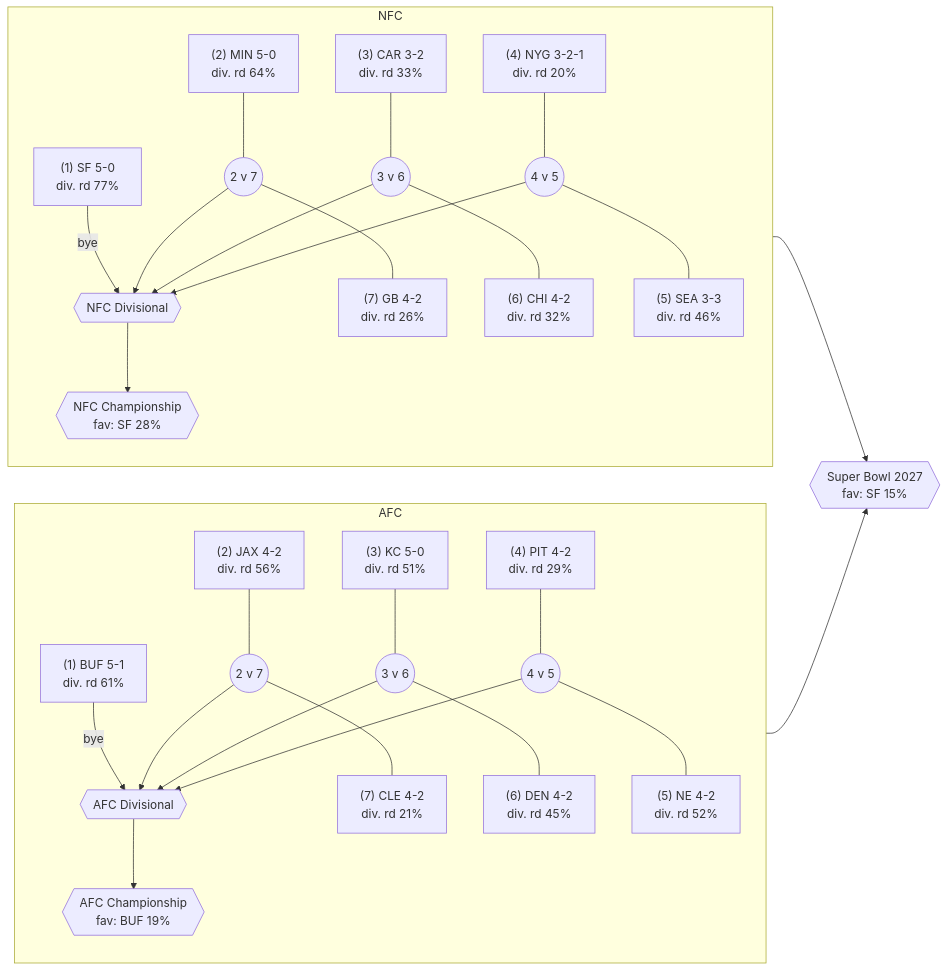
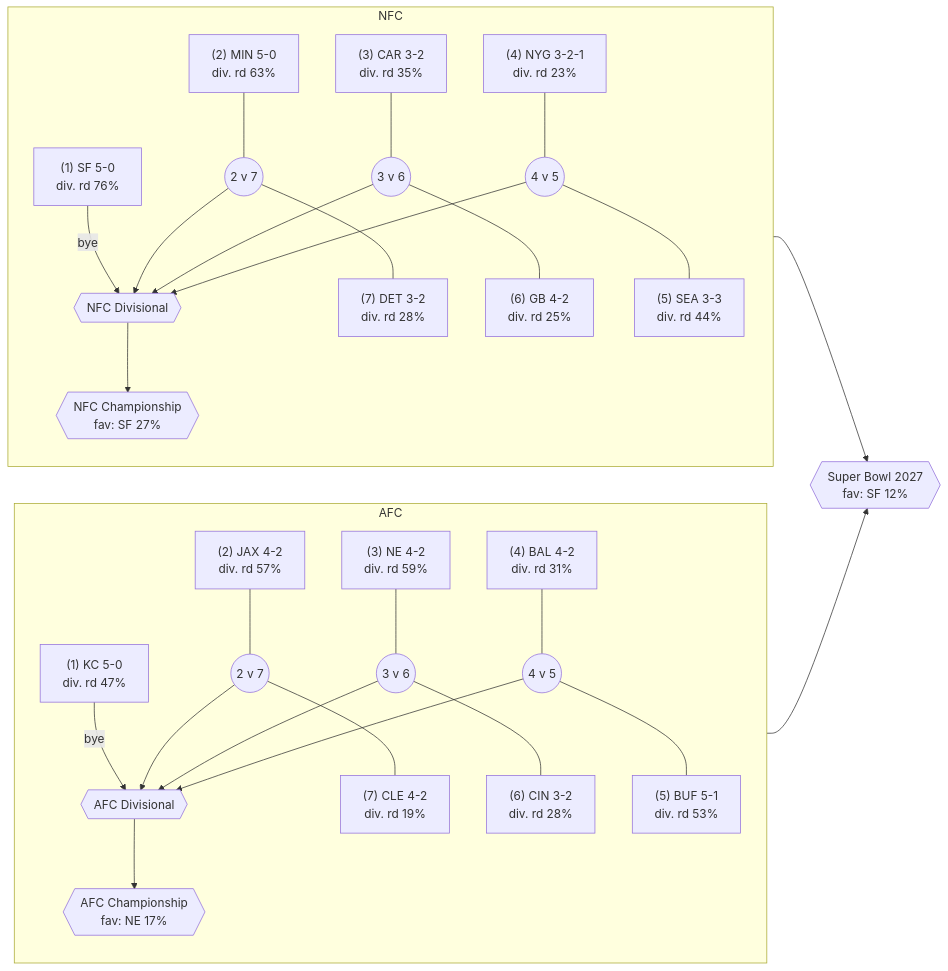
One commit to brentmzey/nfl_superbowl_playoff_odds changed the first of 4 diagrams in README.md. Above: the diagram before and after it, drawn with Mermaid. The commit also changed other lines of this file and 49 other files, not shown here.

````diff
--- a/README.md
+++ b/README.md
@@ -77,27 +77,27 @@
 ```mermaid
 flowchart LR
 subgraph AFC_WC["AFC"]
   direction TB
-  AFC1["(1) BUF 5-1<br/>div. rd 61%"] -->|bye| AFC_DIV
-  AFC2["(2) JAX 4-2<br/>div. rd 56%"] --- AFC_G1(("2 v 7")) --- AFC7["(7) CLE 4-2<br/>div. rd 21%"]
-  AFC3["(3) KC 5-0<br/>div. rd 51%"] --- AFC_G2(("3 v 6")) --- AFC6["(6) DEN 4-2<br/>div. rd 45%"]
-  AFC4["(4) PIT 4-2<br/>div. rd 29%"] --- AFC_G3(("4 v 5")) --- AFC5["(5) NE 4-2<br/>div. rd 52%"]
+  AFC1["(1) KC 5-0<br/>div. rd 47%"] -->|bye| AFC_DIV
+  AFC2["(2) JAX 4-2<br/>div. rd 57%"] --- AFC_G1(("2 v 7")) --- AFC7["(7) CLE 4-2<br/>div. rd 19%"]
+  AFC3["(3) NE 4-2<br/>div. rd 59%"] --- AFC_G2(("3 v 6")) --- AFC6["(6) CIN 3-2<br/>div. rd 28%"]
+  AFC4["(4) BAL 4-2<br/>div. rd 31%"] --- AFC_G3(("4 v 5")) --- AFC5["(5) BUF 5-1<br/>div. rd 53%"]
   AFC_G1 --> AFC_DIV
   AFC_G2 --> AFC_DIV
   AFC_G3 --> AFC_DIV
-  AFC_DIV{{"AFC Divisional"}} --> AFC_CCG{{"AFC Championship<br/>fav: BUF 19%"}}
+  AFC_DIV{{"AFC Divisional"}} --> AFC_CCG{{"AFC Championship<br/>fav: NE 17%"}}
 end
 subgraph NFC_WC["NFC"]
   direction TB
-  NFC1["(1) SF 5-0<br/>div. rd 77%"] -->|bye| NFC_DIV
-  NFC2["(2) MIN 5-0<br/>div. rd 64%"] --- NFC_G1(("2 v 7")) --- NFC7["(7) GB 4-2<br/>div. rd 26%"]
-  NFC3["(3) CAR 3-2<br/>div. rd 33%"] --- NFC_G2(("3 v 6")) --- NFC6["(6) CHI 4-2<br/>div. rd 32%"]
-  NFC4["(4) NYG 3-2-1<br/>div. rd 20%"] --- NFC_G3(("4 v 5")) --- NFC5["(5) SEA 3-3<br/>div. rd 46%"]
+  NFC1["(1) SF 5-0<br/>div. rd 76%"] -->|bye| NFC_DIV
+  NFC2["(2) MIN 5-0<br/>div. rd 63%"] --- NFC_G1(("2 v 7")) --- NFC7["(7) DET 3-2<br/>div. rd 28%"]
+  NFC3["(3) CAR 3-2<br/>div. rd 35%"] --- NFC_G2(("3 v 6")) --- NFC6["(6) GB 4-2<br/>div. rd 25%"]
+  NFC4["(4) NYG 3-2-1<br/>div. rd 23%"] --- NFC_G3(("4 v 5")) --- NFC5["(5) SEA 3-3<br/>div. rd 44%"]
   NFC_G1 --> NFC_DIV
   NFC_G2 --> NFC_DIV
   NFC_G3 --> NFC_DIV
-  NFC_DIV{{"NFC Divisional"}} --> NFC_CCG{{"NFC Championship<br/>fav: SF 28%"}}
+  NFC_DIV{{"NFC Divisional"}} --> NFC_CCG{{"NFC Championship<br/>fav: SF 27%"}}
 end
-AFC_CCG --> SB{{"Super Bowl 2027<br/>fav: SF 15%"}}
+AFC_CCG --> SB{{"Super Bowl 2027<br/>fav: SF 12%"}}
 NFC_CCG --> SB
 ```
````
